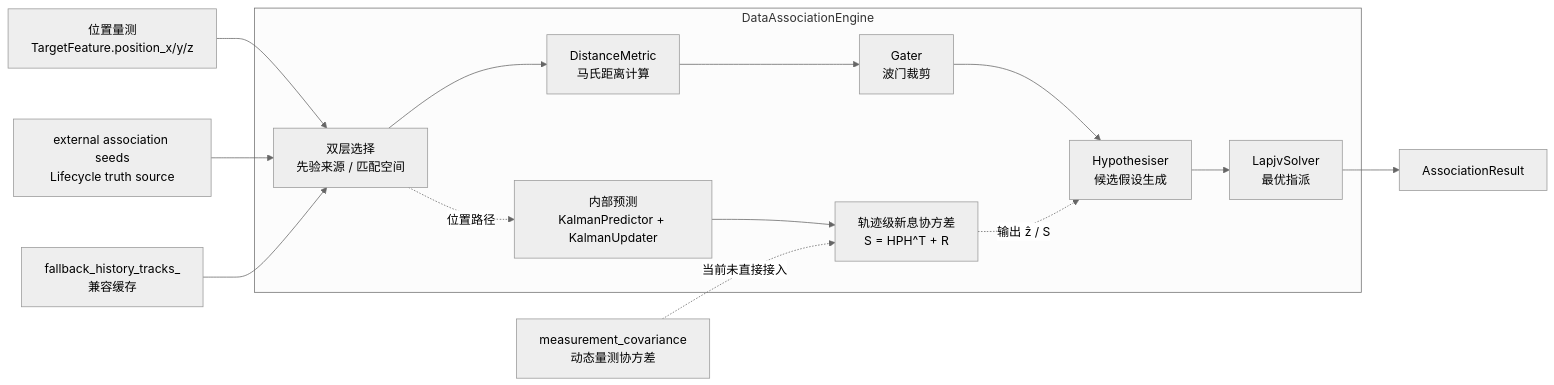
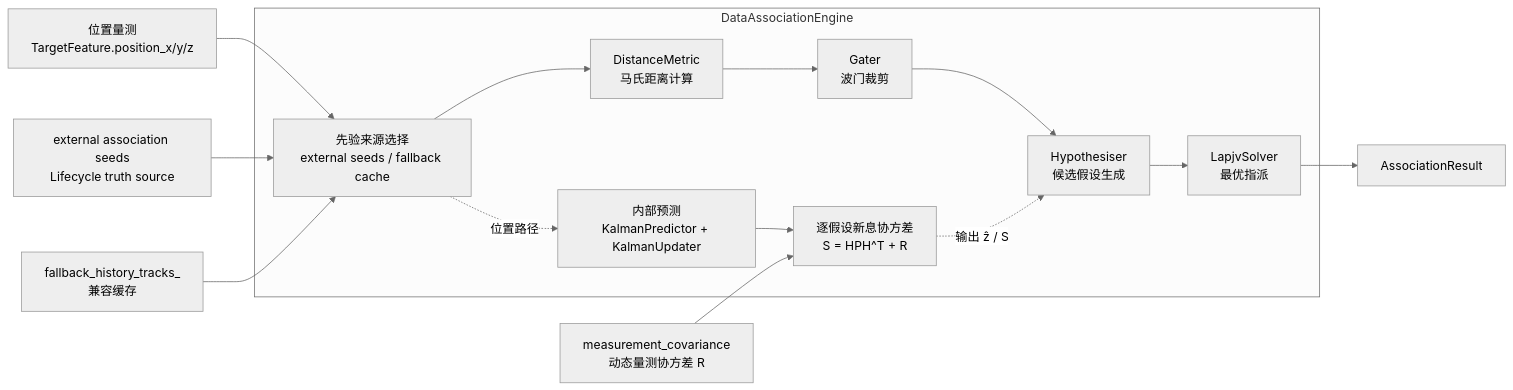
Before and after one commit to boilwater-3/1q: the third of 8 diagrams in doc/architecture/signal/signal-architecture.md, drawn with Mermaid (neutral theme). The commit also changed other lines of this file and 12 other files, not shown here.

````diff
--- a/doc/architecture/signal/signal-architecture.md
+++ b/doc/architecture/signal/signal-architecture.md
@@ -170,18 +170,18 @@
 ```mermaid
 flowchart LR
     subgraph DataAssociationEngine
-        MODE["双层选择<br/>先验来源 / 匹配空间"]
+        MODE["先验来源选择<br/>external seeds / fallback cache"]
         PRED["内部预测<br/>KalmanPredictor + KalmanUpdater"]
-        INNOV["轨迹级新息协方差<br/>S = HPH^T + R"]
+        INNOV["逐假设新息协方差<br/>S = HPH^T + R"]
         M["DistanceMetric<br/>马氏距离计算"] --> G["Gater<br/>波门裁剪"]
         G --> H["Hypothesiser<br/>候选假设生成"]
         H --> S["LapjvSolver<br/>最优指派"]
     end
     DET["位置量测<br/>TargetFeature.position_x/y/z"] --> MODE
     EXT["external association seeds<br/>Lifecycle truth source"] --> MODE
     FALLBACK["fallback_history_tracks_<br/>兼容缓存"] --> MODE
-    MEAS_COV["measurement_covariance<br/>动态量测协方差"] -. 当前未直接接入 .-> INNOV
+    MEAS_COV["measurement_covariance<br/>动态量测协方差 R"] --> INNOV
     MODE --> M
     MODE -. 位置路径 .-> PRED --> INNOV -. 输出 ẑ / S .-> H
     S --> OUTPUT["AssociationResult"]
 ```
````
